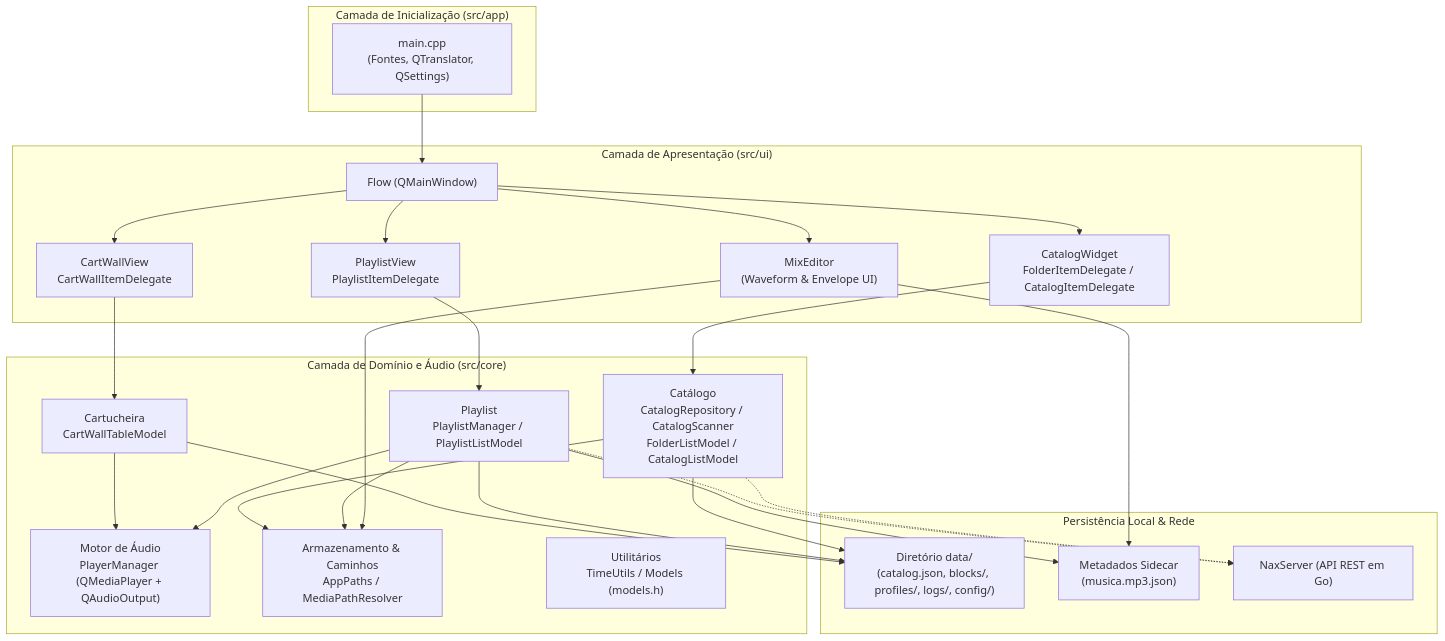
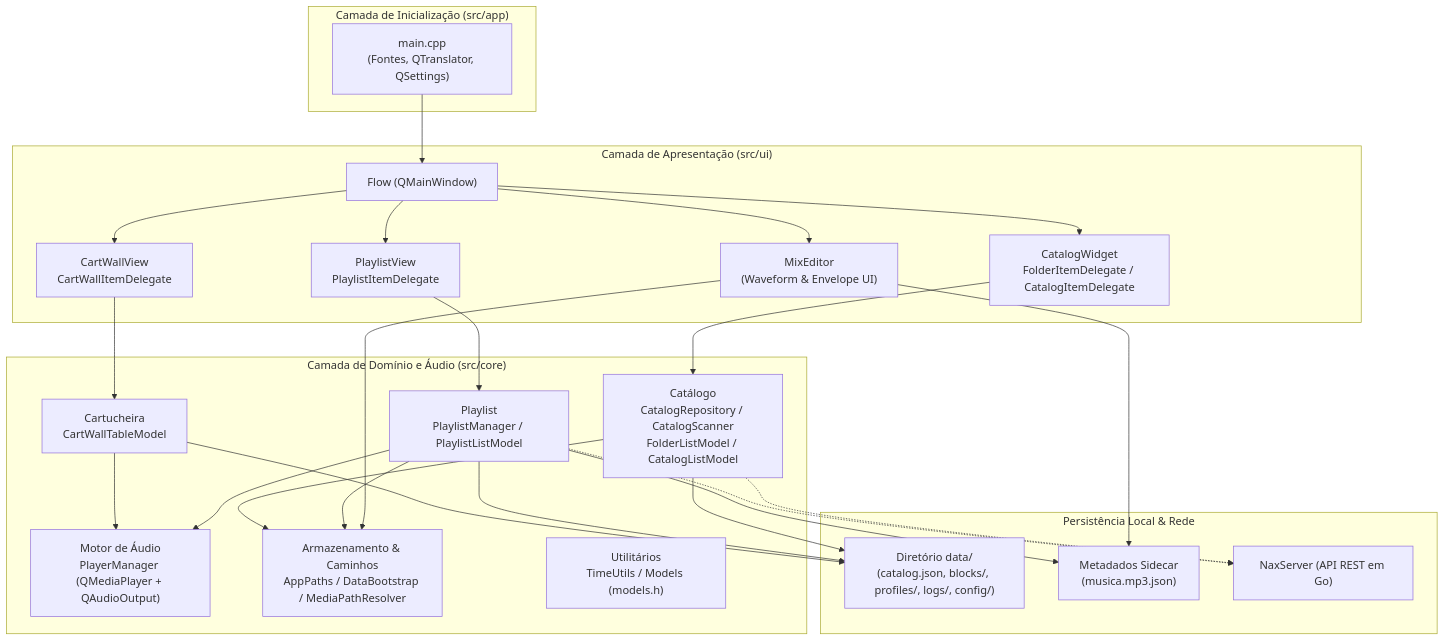
Before and after one commit to BrunoCardosoFS/NaxiStudioFlow: the diagram in docs/architecture/overview.md, drawn with Mermaid. The commit also changed other lines of this file and 2 other files, not shown here.

First line of the commit message:
docs(core): document runtime data bootstrap and update safety guarantees

````diff
--- a/docs/architecture/overview.md
+++ b/docs/architecture/overview.md
@@ -9,53 +9,53 @@
 ```mermaid
 flowchart TD
     subgraph App["Camada de Inicialização (src/app)"]
         Main["main.cpp\n(Fontes, QTranslator, QSettings)"]
     end
 
     subgraph UI["Camada de Apresentação (src/ui)"]
         FlowWin["Flow (QMainWindow)"]
         CatalogUI["CatalogWidget\nFolderItemDelegate / CatalogItemDelegate"]
         PlaylistUI["PlaylistView\nPlaylistItemDelegate"]
         CartWallUI["CartWallView\nCartWallItemDelegate"]
         EditorUI["MixEditor\n(Waveform & Envelope UI)"]
     end
 
     subgraph Core["Camada de Domínio e Áudio (src/core)"]
         CatalogCore["Catálogo\nCatalogRepository / CatalogScanner\nFolderListModel / CatalogListModel"]
         PlaylistCore["Playlist\nPlaylistManager / PlaylistListModel"]
         CartWallCore["Cartucheira\nCartWallTableModel"]
         AudioEngine["Motor de Áudio\nPlayerManager (QMediaPlayer + QAudioOutput)"]
-        StorageCore["Armazenamento & Caminhos\nAppPaths / MediaPathResolver"]
+        StorageCore["Armazenamento & Caminhos\nAppPaths / DataBootstrap / MediaPathResolver"]
         Utils["Utilitários\nTimeUtils / Models (models.h)"]
     end
 
     subgraph Storage["Persistência Local & Rede"]
         LocalData["Diretório data/\n(catalog.json, blocks/, profiles/, logs/, config/)"]
         Sidecar["Metadados Sidecar\n(musica.mp3.json)"]
         NaxServer["NaxServer (API REST em Go)"]
     end
 
     Main --> FlowWin
     FlowWin --> CatalogUI
     FlowWin --> PlaylistUI
     FlowWin --> CartWallUI
     FlowWin --> EditorUI
 
     CatalogUI --> CatalogCore
     PlaylistUI --> PlaylistCore
     CartWallUI --> CartWallCore
     EditorUI --> Sidecar
     EditorUI --> StorageCore
 
     PlaylistCore --> AudioEngine
     PlaylistCore --> StorageCore
     CartWallCore --> AudioEngine
 
     CatalogCore --> LocalData
     CatalogCore --> StorageCore
     PlaylistCore --> LocalData
     CartWallCore --> LocalData
     PlaylistCore --> Sidecar
     CatalogCore -.-> NaxServer
     PlaylistCore -.-> NaxServer
 ```
````
